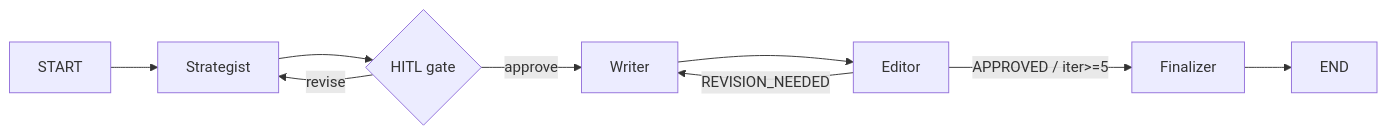
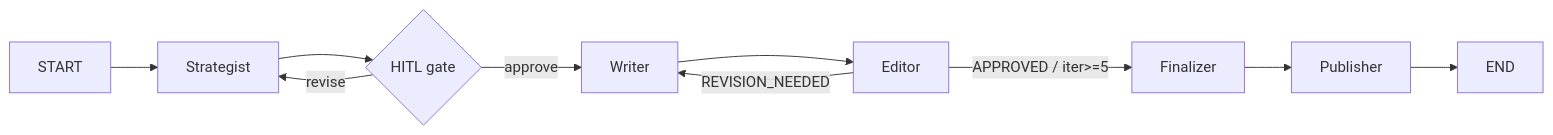
Before and after one commit to denl95/content-creator-agent: the diagram in README.md, drawn with Mermaid. The commit also changed other lines of this file and 13 other files, not shown here.

````diff
--- a/README.md
+++ b/README.md
@@ -7,11 +7,12 @@
 ```mermaid
 flowchart LR
     START --> Strategist
     Strategist --> HITL{HITL gate}
     HITL -- revise --> Strategist
     HITL -- approve --> Writer
     Writer --> Editor
     Editor -- REVISION_NEEDED --> Writer
     Editor -- APPROVED / iter>=5 --> Finalizer
-    Finalizer --> END
+    Finalizer --> Publisher
+    Publisher --> END
 ```
````
